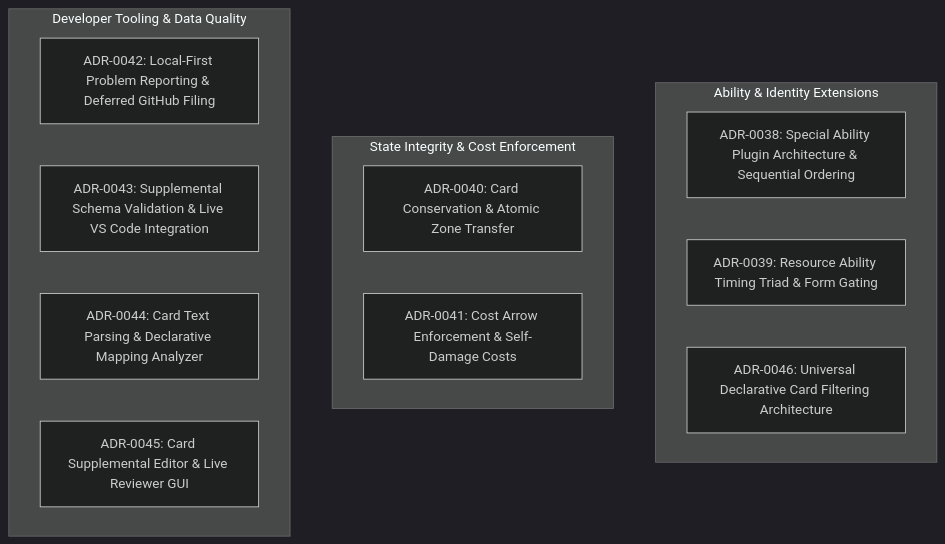
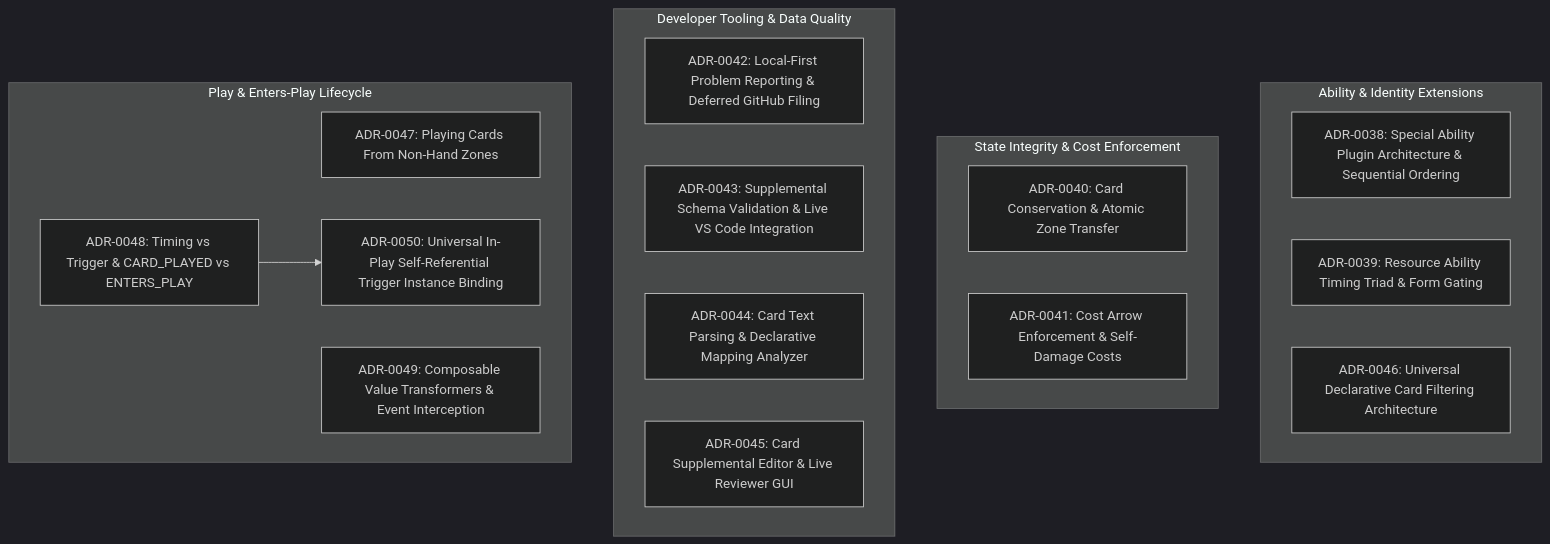
The sixth of 6 diagrams in docs/decisions/README.md (SteveRodrigue/MCD), drawn with Mermaid (dark theme) before and after one commit. The commit also changed other lines of this file and 7 other files, not shown here.

Commit message:
fix(engine): universal in-play self-referential trigger instance binding (Fixes #93)

````diff
--- a/docs/decisions/README.md
+++ b/docs/decisions/README.md
@@ -101,18 +101,23 @@
 ```mermaid
 graph TD
     subgraph Abilities["Ability & Identity Extensions"]
         ADR38["ADR-0038: Special Ability Plugin Architecture & Sequential Ordering"]
         ADR39["ADR-0039: Resource Ability Timing Triad & Form Gating"]
         ADR46["ADR-0046: Universal Declarative Card Filtering Architecture"]
     end
     subgraph Integrity["State Integrity & Cost Enforcement"]
         ADR40["ADR-0040: Card Conservation & Atomic Zone Transfer"]
         ADR41["ADR-0041: Cost Arrow Enforcement & Self-Damage Costs"]
     end
     subgraph DevTooling["Developer Tooling & Data Quality"]
         ADR42["ADR-0042: Local-First Problem Reporting & Deferred GitHub Filing"]
         ADR43["ADR-0043: Supplemental Schema Validation & Live VS Code Integration"]
         ADR44["ADR-0044: Card Text Parsing & Declarative Mapping Analyzer"]
         ADR45["ADR-0045: Card Supplemental Editor & Live Reviewer GUI"]
     end
+    subgraph Lifecycle["Play & Enters-Play Lifecycle"]
+        ADR47["ADR-0047: Playing Cards From Non-Hand Zones"]
+        ADR48["ADR-0048: Timing vs Trigger & CARD_PLAYED vs ENTERS_PLAY"] --> ADR50["ADR-0050: Universal In-Play Self-Referential Trigger Instance Binding"]
+        ADR49["ADR-0049: Composable Value Transformers & Event Interception"]
+    end
 ```
````
